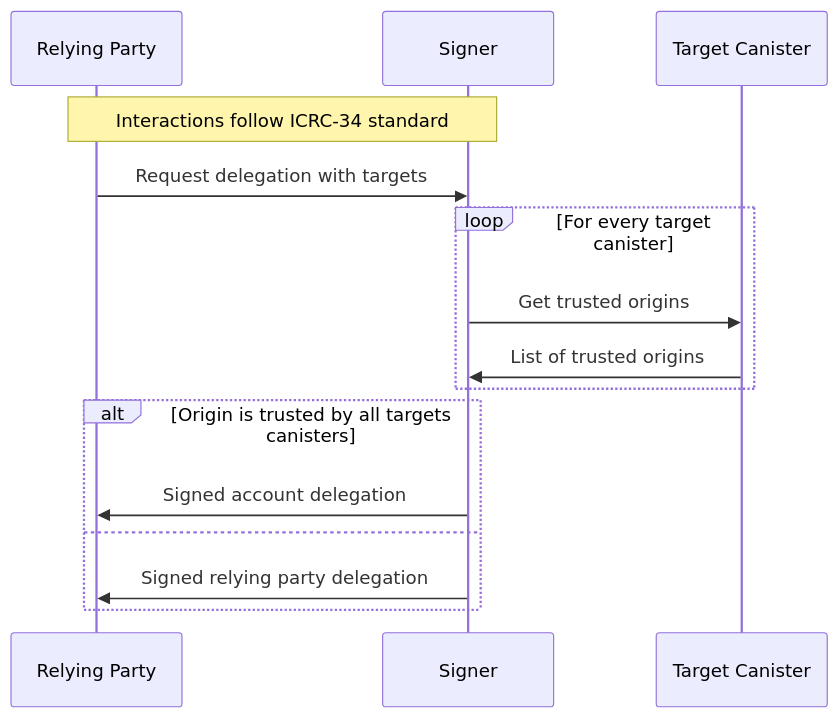
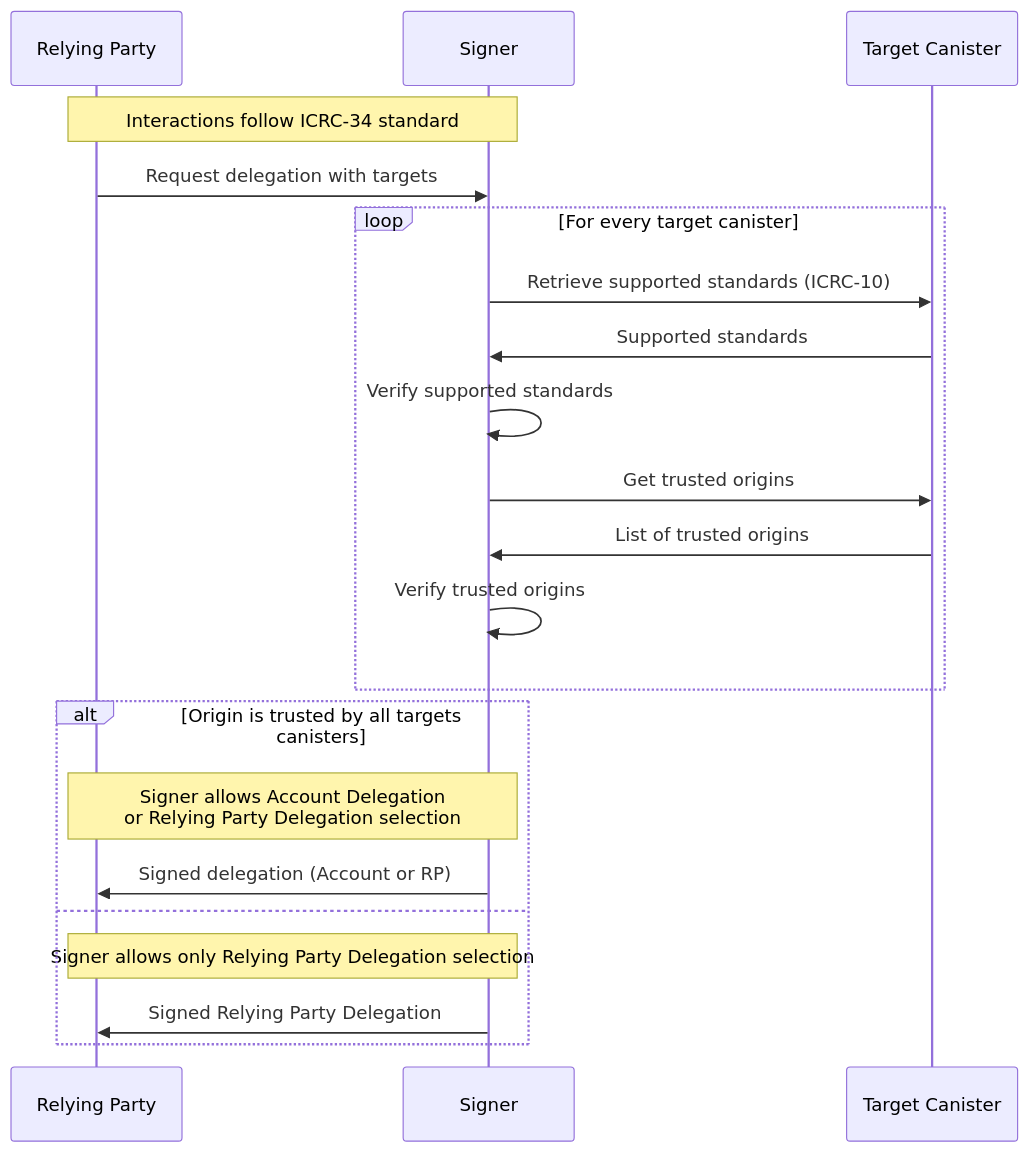
The diagram in topics/icrc_28_trusted_origins.md (dfinity/wg-identity-authentication), drawn with Mermaid before and after one commit. The commit also changed other lines of this file and 1 other file, not shown here.

First line of the commit message:
ICRC-28/34: Clarify confusing sections (#204)

````diff
--- a/topics/icrc_28_trusted_origins.md
+++ b/topics/icrc_28_trusted_origins.md
@@ -84,17 +93,23 @@
 ```mermaid
 sequenceDiagram
     participant RP as Relying Party
     participant S as Signer
     participant C as Target Canister
     Note over RP, S: Interactions follow ICRC-34 standard
     RP ->> S: Request delegation with targets
     loop For every target canister
+        S ->> C: Retrieve supported standards (ICRC-10)
+        C ->> S: Supported standards
+        S ->> S: Verify supported standards
         S ->> C: Get trusted origins
         C ->> S: List of trusted origins
+        S ->> S: Verify trusted origins
     end
     alt Origin is trusted by all targets canisters
-        S ->> RP: Signed account delegation
+        Note over RP, S: Signer allows Account Delegation<br>or Relying Party Delegation selection
+        S ->> RP: Signed delegation (Account or RP)
     else
-        S ->> RP: Signed relying party delegation
+        Note over RP, S: Signer allows only Relying Party Delegation selection
+        S ->> RP: Signed Relying Party Delegation
     end
 ```
````
